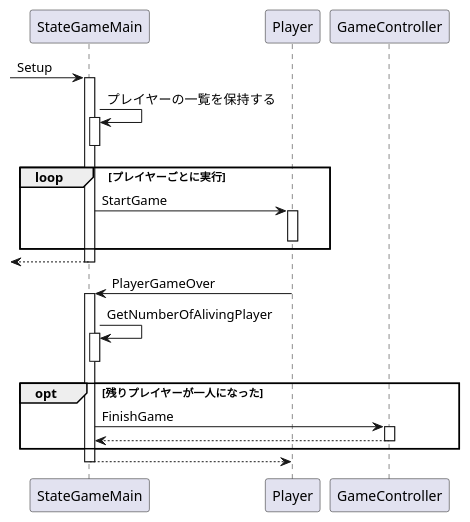
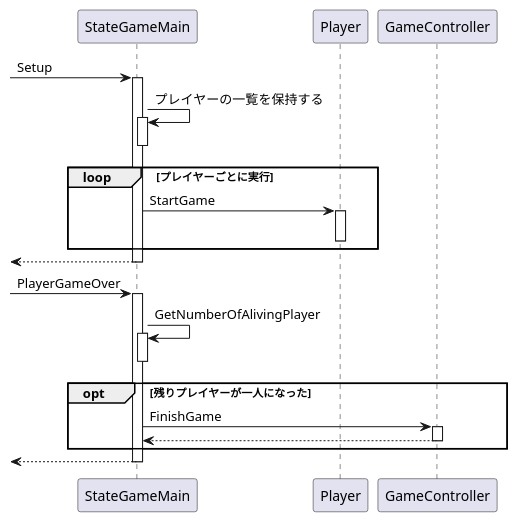
Before and after one commit to azarashin/UnityTetris: the diagram in Documents/PlantUML/SQD_StateGameMain.pu, drawn with PlantUML.

Commit message:
シーケンス図修正。

```diff
--- a/Documents/PlantUML/SQD_StateGameMain.pu
+++ b/Documents/PlantUML/SQD_StateGameMain.pu
@@ -1,31 +1,31 @@
 @startuml
 
 
 [-> StateGameMain : Setup
 activate StateGameMain
     StateGameMain -> StateGameMain : プレイヤーの一覧を保持する
     activate StateGameMain
     deactivate StateGameMain
     loop プレイヤーごとに実行
         StateGameMain -> Player : StartGame
         activate Player
         deactivate Player
     end
     [<-- StateGameMain
 deactivate StateGameMain
 
-Player -> StateGameMain : PlayerGameOver
+[-> StateGameMain : PlayerGameOver
 activate StateGameMain
     StateGameMain -> StateGameMain : GetNumberOfAlivingPlayer
     activate StateGameMain
     deactivate StateGameMain
     opt 残りプレイヤーが一人になった
         StateGameMain -> GameController : FinishGame
         activate GameController
             StateGameMain <-- GameController
         deactivate GameController
     end
-    Player <-- StateGameMain
+    [<-- StateGameMain
 deactivate StateGameMain
 
 @enduml
```
